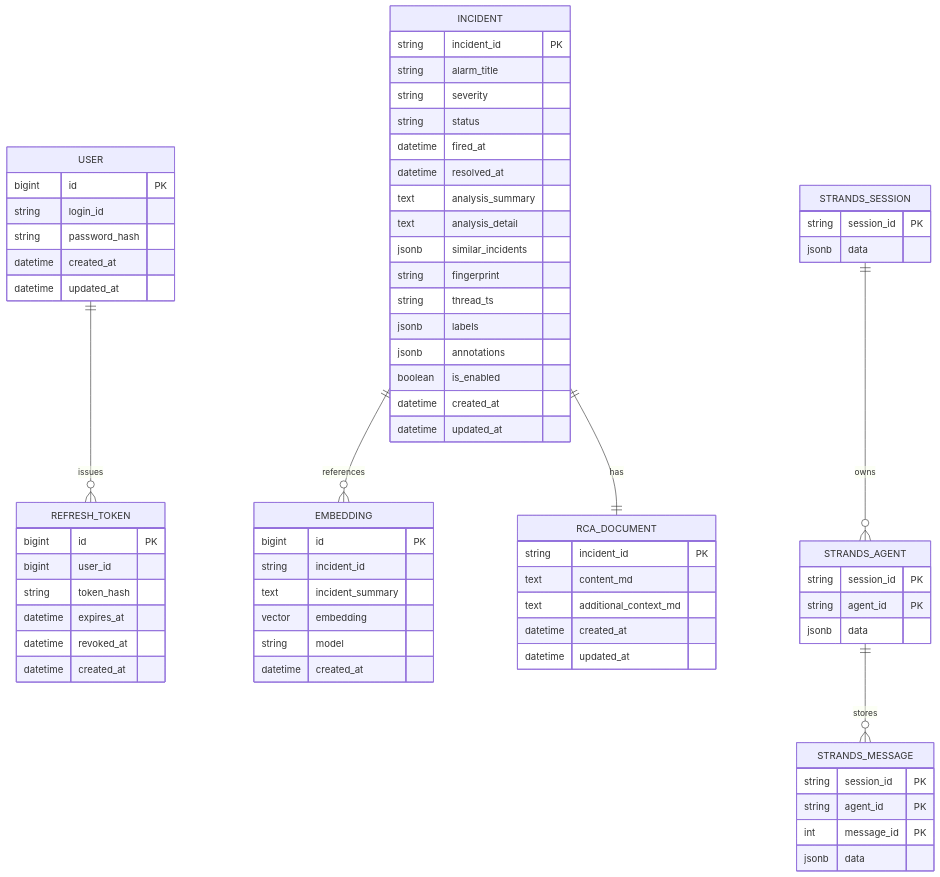
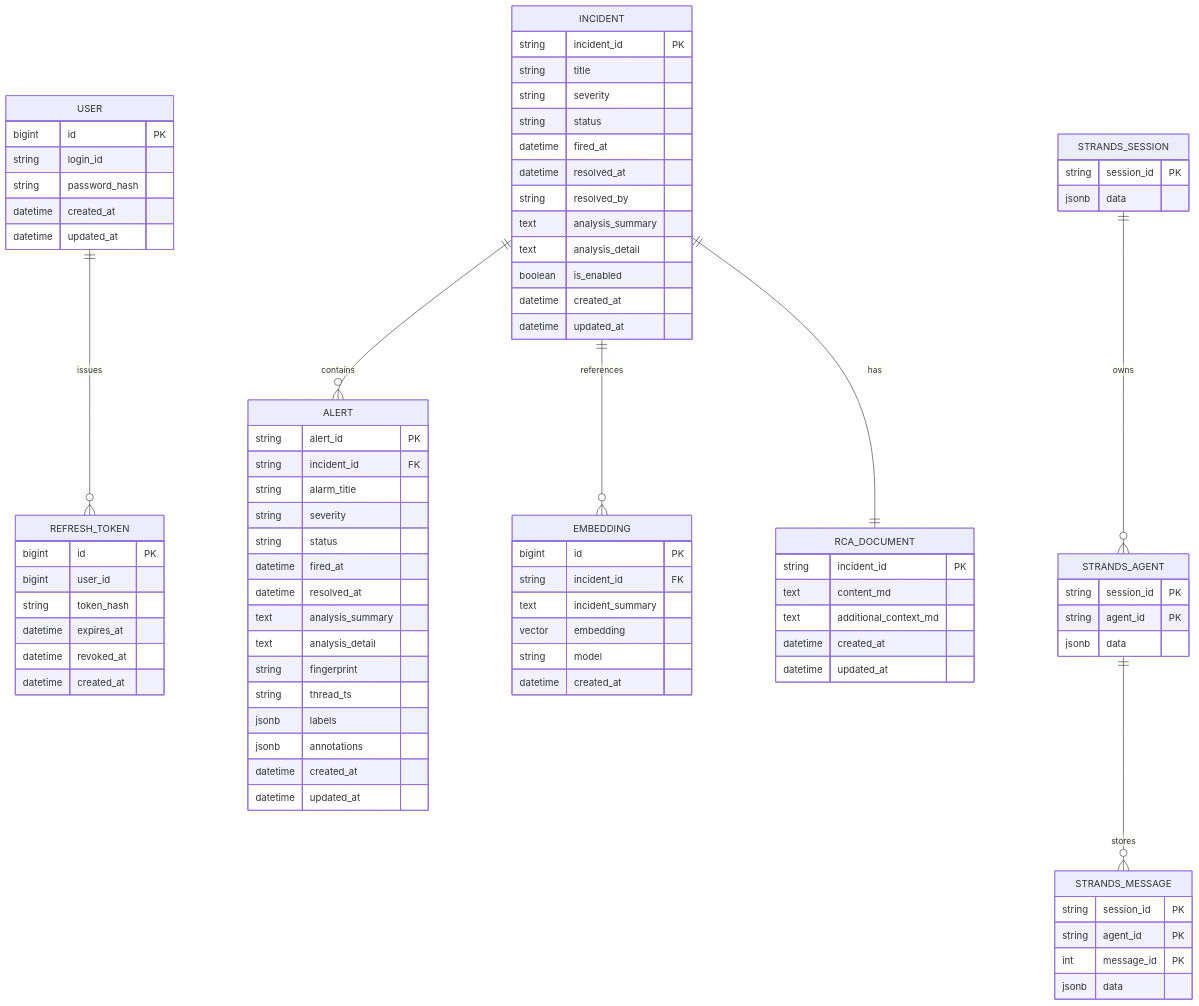
One commit to kube-rca/kuberca changed the diagram in docs/diagrams/entity_relationship_diagram.md. Above: the diagram before and after it, drawn with Mermaid. The commit also changed other lines of this file and 3 other files, not shown here.

First line of the commit message:
docs: update architecture diagrams for Alert-Incident relationship and embedding search

````diff
--- a/docs/diagrams/entity_relationship_diagram.md
+++ b/docs/diagrams/entity_relationship_diagram.md
@@ -7,6 +7,7 @@
 ```mermaid
 erDiagram
   USER ||--o{ REFRESH_TOKEN : issues
+  INCIDENT ||--o{ ALERT : contains
   INCIDENT ||--o{ EMBEDDING : references
   INCIDENT ||--|| RCA_DOCUMENT : has
   STRANDS_SESSION ||--o{ STRANDS_AGENT : owns
@@ -31,6 +32,22 @@
 
   INCIDENT {
     string incident_id PK
+    string title
+    string severity
+    string status
+    datetime fired_at
+    datetime resolved_at
+    string resolved_by
+    text analysis_summary
+    text analysis_detail
+    boolean is_enabled
+    datetime created_at
+    datetime updated_at
+  }
+
+  ALERT {
+    string alert_id PK
+    string incident_id FK
     string alarm_title
     string severity
     string status
@@ -38,19 +55,17 @@
     datetime resolved_at
     text analysis_summary
     text analysis_detail
-    jsonb similar_incidents
     string fingerprint
     string thread_ts
     jsonb labels
     jsonb annotations
-    boolean is_enabled
     datetime created_at
     datetime updated_at
   }
 
   EMBEDDING {
     bigint id PK
-    string incident_id
+    string incident_id FK
     text incident_summary
     vector embedding
     string model
````
